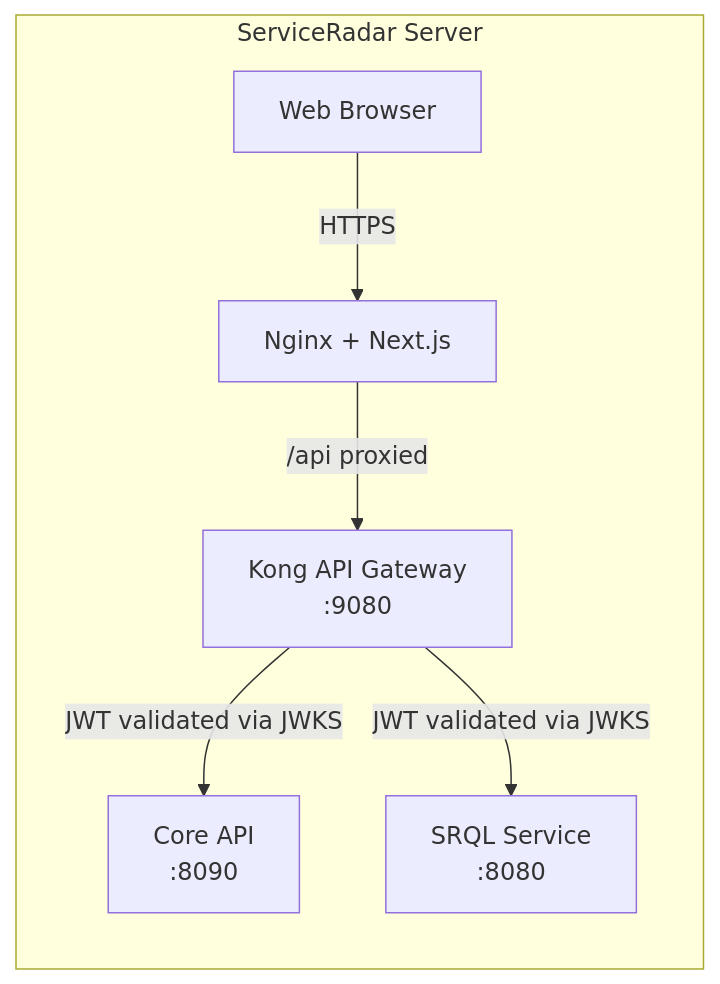
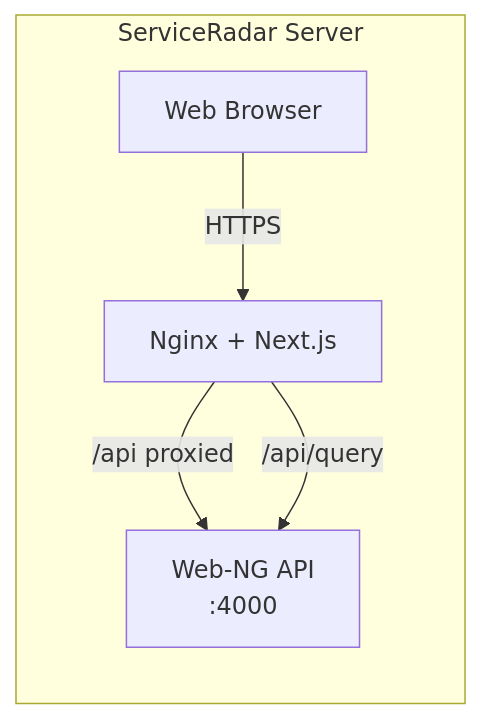
One commit to carverauto/serviceradar changed the diagram in docs/docs/web-ui.md. Above: the diagram before and after it, drawn with Mermaid. The commit also changed other lines of this file and 125 other files, not shown here.

````diff
--- a/docs/docs/web-ui.md
+++ b/docs/docs/web-ui.md
@@ -21,9 +35,8 @@
 ```mermaid
 graph LR
     subgraph "ServiceRadar Server"
         A[Web Browser] -->|HTTPS| B[Nginx + Next.js]
-        B -->|/api proxied| C[Kong API Gateway<br/>:9080]
-        C -->|JWT validated via JWKS| D[Core API<br/>:8090]
-        C -->|JWT validated via JWKS| E[SRQL Service<br/>:8080]
+        B -->|/api proxied| D[Web-NG API<br/>:4000]
+        B -->|/api/query| D
     end
 ```
````
